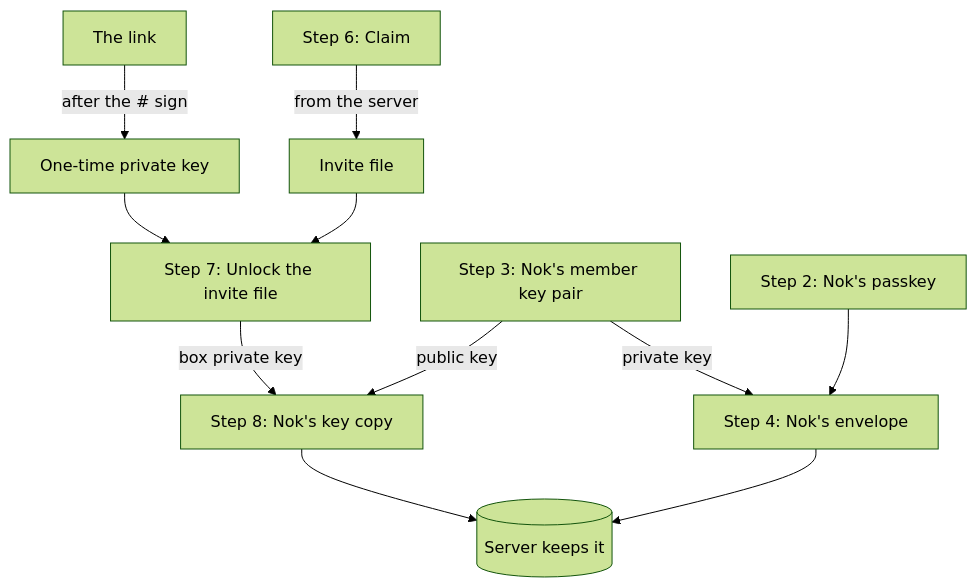
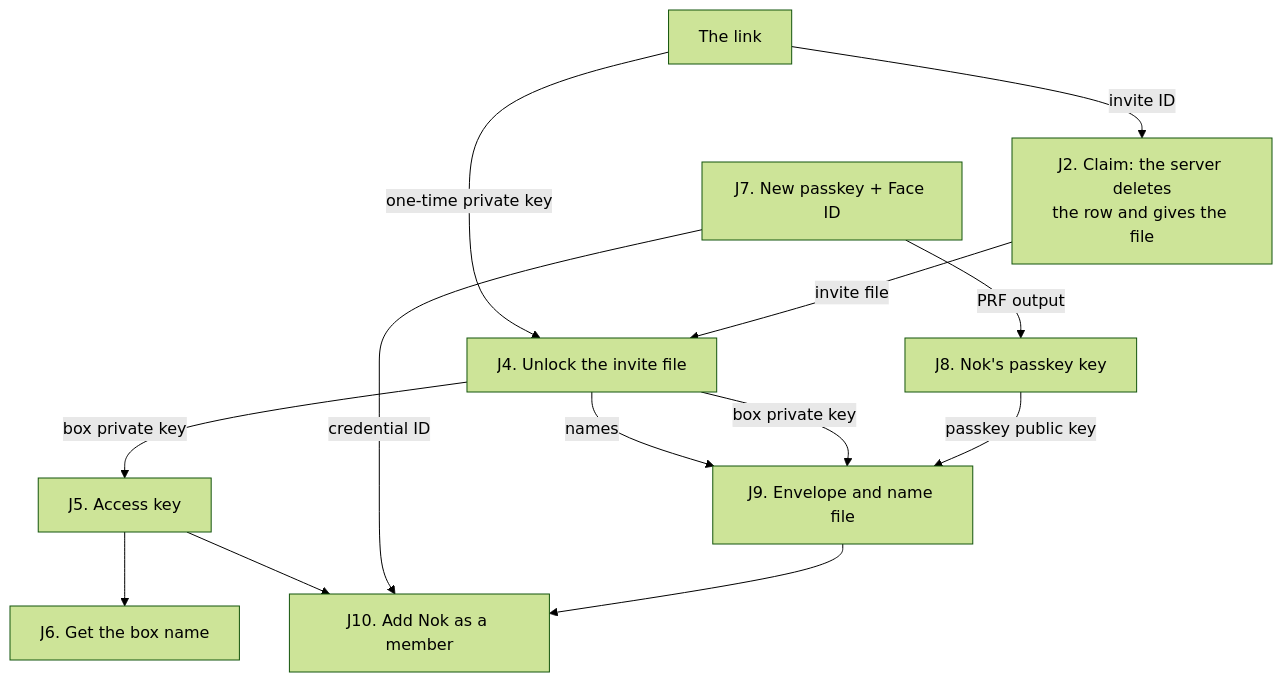
One commit to intaniger/secretbox changed the second of 2 diagrams in docs/05-use-invite.md. Above: the diagram before and after it, drawn with Mermaid (forest theme). The commit also changed other lines of this file and 30 other files, not shown here.

````diff
--- a/docs/05-use-invite.md
+++ b/docs/05-use-invite.md
@@ -73,13 +64,15 @@
 ```mermaid
 flowchart TD
-  L["The link"] -->|after the # sign| OT["One-time private key"]
-  S6["Step 6: Claim"] -->|from the server| IF["Invite file"]
-  OT --> U["Step 7: Unlock the invite file"]
-  IF --> U
-  U -->|box private key| KC["Step 8: Nok's key copy"]
-  M["Step 3: Nok's member key pair"] -->|public key| KC
-  M -->|private key| E["Step 4: Nok's envelope"]
-  PK["Step 2: Nok's passkey"] --> E
-  KC --> DB[("Server keeps it")]
-  E --> DB
+  L["The link"] -->|invite ID| J2["J2. Claim: the server deletes<br/>the row and gives the file"]
+  L -->|one-time private key| J4["J4. Unlock the invite file"]
+  J2 -->|invite file| J4
+  J4 -->|box private key| J5["J5. Access key"]
+  J4 -->|names| J9["J9. Envelope and name file"]
+  J4 -->|box private key| J9
+  J5 --> J6["J6. Get the box name"]
+  J5 --> J10["J10. Add Nok as a member"]
+  J7["J7. New passkey + Face ID"] -->|PRF output| J8["J8. Nok's passkey key"]
+  J8 -->|passkey public key| J9
+  J7 -->|credential ID| J10
+  J9 --> J10
 ```
````
